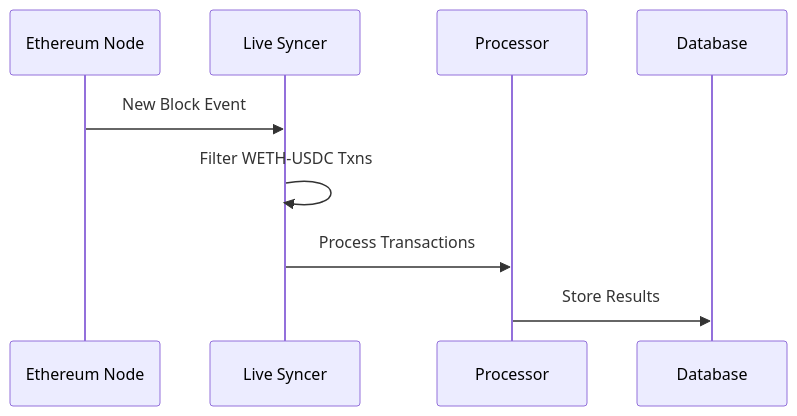
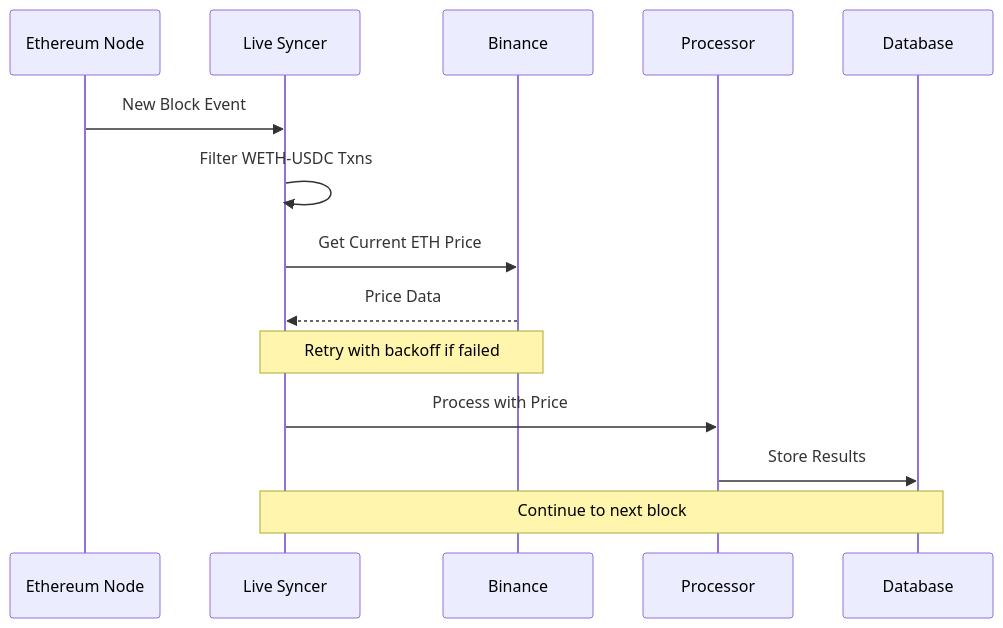
The first of 2 diagrams in README.md (Pujith-M/uniswap-fee-tracker), drawn with Mermaid before and after one commit. The commit also changed other lines of this file, not shown here.

Commit message:
Update README with enhanced sync and price service details for live sync

````diff
--- a/README.md
+++ b/README.md
@@ -160,12 +169,17 @@
 ```mermaid
 sequenceDiagram
     participant E as Ethereum Node
     participant L as Live Syncer
+    participant B as Binance
     participant P as Processor
     participant D as Database
     
     E->>L: New Block Event
     L->>L: Filter WETH-USDC Txns
-    L->>P: Process Transactions
+    L->>B: Get Current ETH Price
+    B-->>L: Price Data
+    Note over B,L: Retry with backoff if failed
+    L->>P: Process with Price
     P->>D: Store Results
+    Note over L,D: Continue to next block
 ```
````
